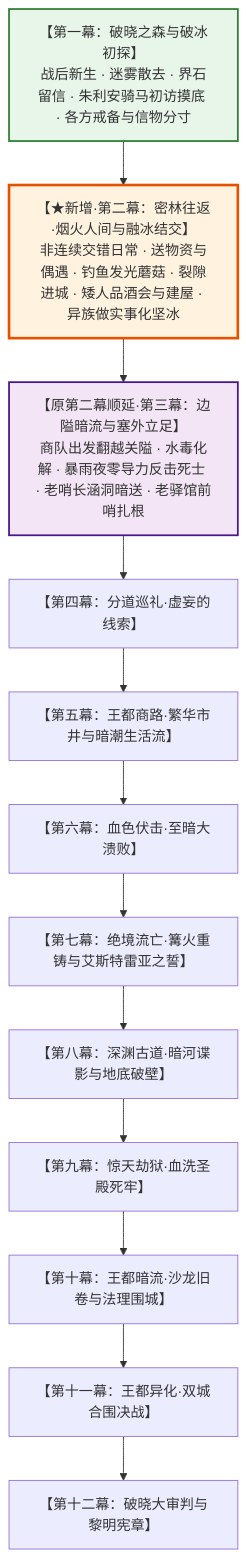
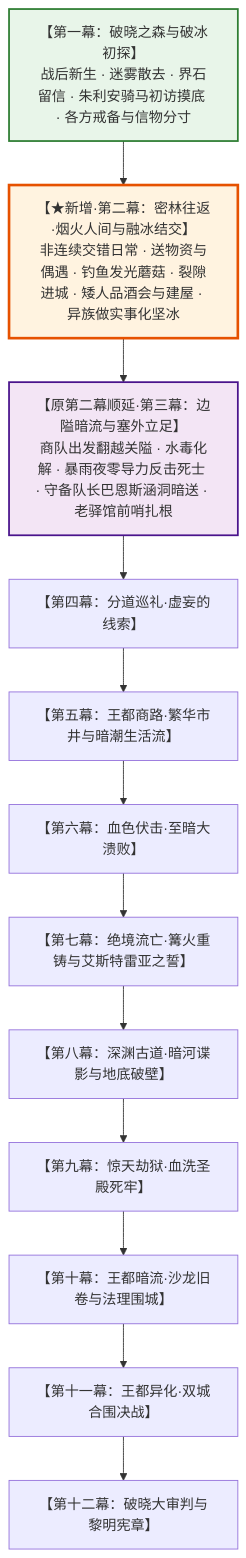
The fourth of 6 diagrams in 方案/第二部/已执行/第一幕重构与新增幕节奏优化方案.md (soranokiseki1437/eldoria-worldbook), drawn with Mermaid before and after one commit. The commit also changed 94 other files, not shown here.

````diff
--- a/方案/第二部/已执行/第一幕重构与新增幕节奏优化方案.md
+++ b/方案/第二部/已执行/第一幕重构与新增幕节奏优化方案.md
@@ -208,21 +208,21 @@
 ```mermaid
 graph TD
     M1["【第一幕：破晓之森与破冰初探】<br/>战后新生 · 迷雾散去 · 界石留信 · 朱利安骑马初访摸底 · 各方戒备与信物分寸"]
     M2["【★新增·第二幕：密林往返·烟火人间与融冰结交】<br/>非连续交错日常 · 送物资与偶遇 · 钓鱼发光蘑菇 · 裂隙进城 · 矮人品酒会与建屋 · 异族做实事化坚冰"]
-    M3["【原第二幕顺延·第三幕：边隘暗流与塞外立足】<br/>商队出发翻越关隘 · 水毒化解 · 暴雨夜零导力反击死士 · 老哨长涵洞暗送 · 老驿馆前哨扎根"]
+    M3["【原第二幕顺延·第三幕：边隘暗流与塞外立足】<br/>商队出发翻越关隘 · 水毒化解 · 暴雨夜零导力反击死士 · 守备队长巴恩斯涵洞暗送 · 老驿馆前哨扎根"]
     M4["【第四幕：分道巡礼·虚妄的线索】"]
     M5["【第五幕：王都商路·繁华市井与暗潮生活流】"]
     M6["【第六幕：血色伏击·至暗大溃败】"]
     M7["【第七幕：绝境流亡·篝火重铸与艾斯特雷亚之誓】"]
     M8["【第八幕：深渊古道·暗河谍影与地底破壁】"]
     M9["【第九幕：惊天劫狱·血洗圣殿死牢】"]
     M10["【第十幕：王都暗流·沙龙旧卷与法理围城】"]
     M11["【第十一幕：王都异化·双城合围决战】"]
     M12["【第十二幕：破晓大审判与黎明宪章】"]
 
     M1 --> M2 --> M3 --> M4 --> M5 --> M6 --> M7 --> M8 --> M9 --> M10 --> M11 --> M12
     
     style M1 fill:#e8f5e9,stroke:#2e7d32,stroke-width:2px;
     style M2 fill:#fff3e0,stroke:#e65100,stroke-width:3px;
     style M3 fill:#f3e5f5,stroke:#4a148c,stroke-width:2px;
 ```
````
